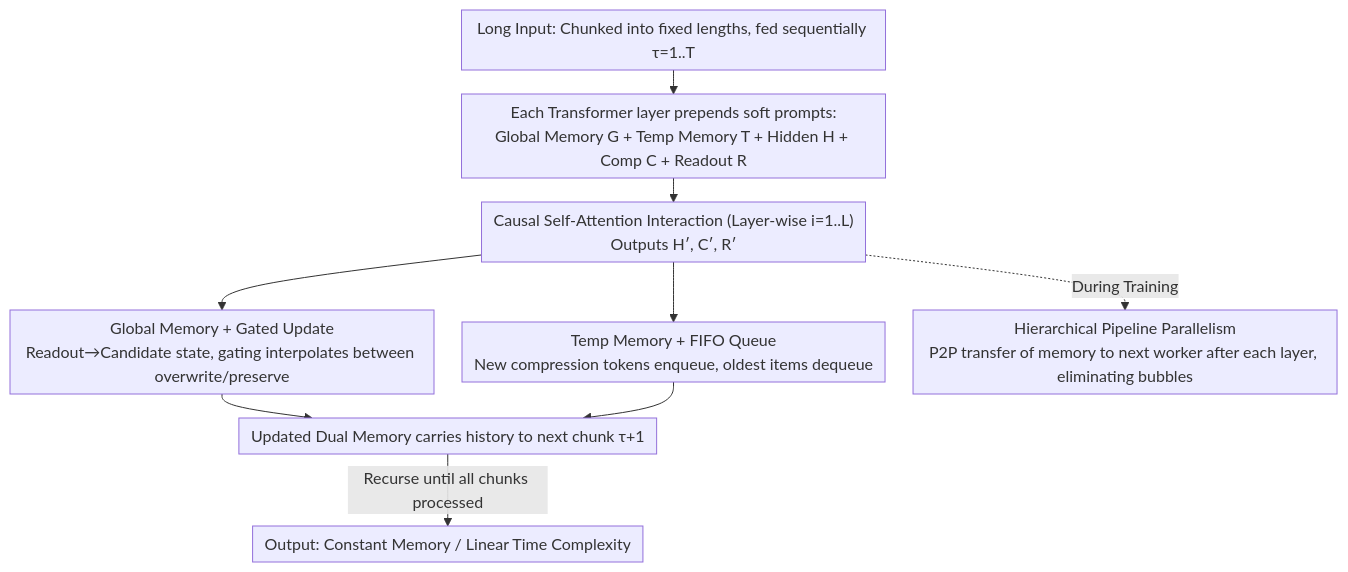
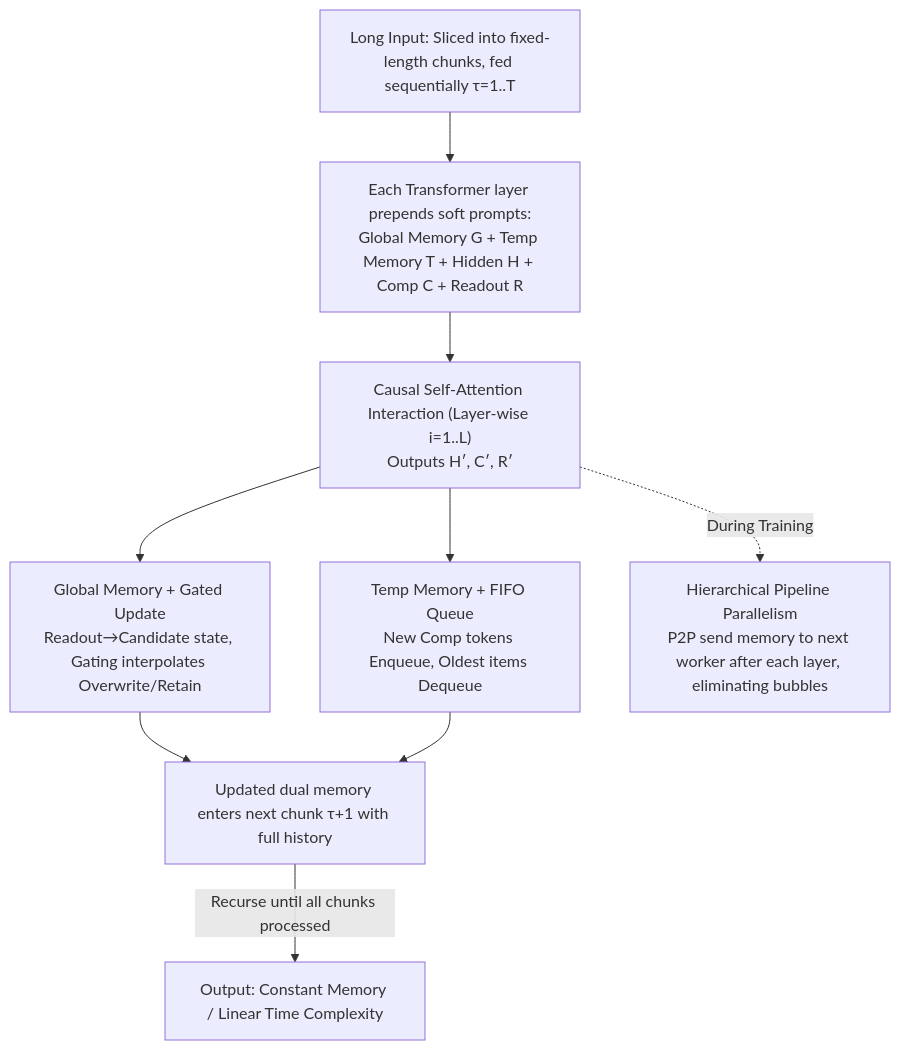
Before and after one commit to zhaoyang97/Paper-Notes-en: the diagram in docs/ACL2026/llm_efficiency/comet_collaborative_memory_transformer_for_efficient_long_context_modeling.md, drawn with Mermaid. The commit also changed other lines of this file and 5084 other files, not shown here.

````diff
--- a/docs/ACL2026/llm_efficiency/comet_collaborative_memory_transformer_for_efficient_long_context_modeling.md
+++ b/docs/ACL2026/llm_efficiency/comet_collaborative_memory_transformer_for_efficient_long_context_modeling.md
@@ -41,12 +41,11 @@
 ```mermaid
-%%{init: {'flowchart': {'rankSpacing': 24, 'nodeSpacing': 28, 'padding': 6, 'wrappingWidth': 400}}}%%
-flowchart TD
-    A["Long Input: Chunked into fixed lengths, fed sequentially τ=1..T"] --> B["Each Transformer layer prepends soft prompts:<br/>Global Memory G + Temp Memory T + Hidden H + Comp C + Readout R"]
+graph TD
+    A["Long Input: Sliced into fixed-length chunks, fed sequentially τ=1..T"] --> B["Each Transformer layer prepends soft prompts:<br/>Global Memory G + Temp Memory T + Hidden H + Comp C + Readout R"]
     B --> C["Causal Self-Attention Interaction (Layer-wise i=1..L)<br/>Outputs H′, C′, R′"]
-    C --> D["Global Memory + Gated Update<br/>Readout→Candidate state, gating interpolates between overwrite/preserve"]
-    C --> E["Temp Memory + FIFO Queue<br/>New compression tokens enqueue, oldest items dequeue"]
-    D --> F["Updated Dual Memory carries history to next chunk τ+1"]
+    C --> D["Global Memory + Gated Update<br/>Readout→Candidate state, Gating interpolates Overwrite/Retain"]
+    C --> E["Temp Memory + FIFO Queue<br/>New Comp tokens Enqueue, Oldest items Dequeue"]
+    D --> F["Updated dual memory enters next chunk τ+1 with full history"]
     E --> F
     F -->|Recurse until all chunks processed| G["Output: Constant Memory / Linear Time Complexity"]
-    C -.During Training.-> H["Hierarchical Pipeline Parallelism<br/>P2P transfer of memory to next worker after each layer, eliminating bubbles"]
+    C -.During Training.-> H["Hierarchical Pipeline Parallelism<br/>P2P send memory to next worker after each layer, eliminating bubbles"]
 ```
````
